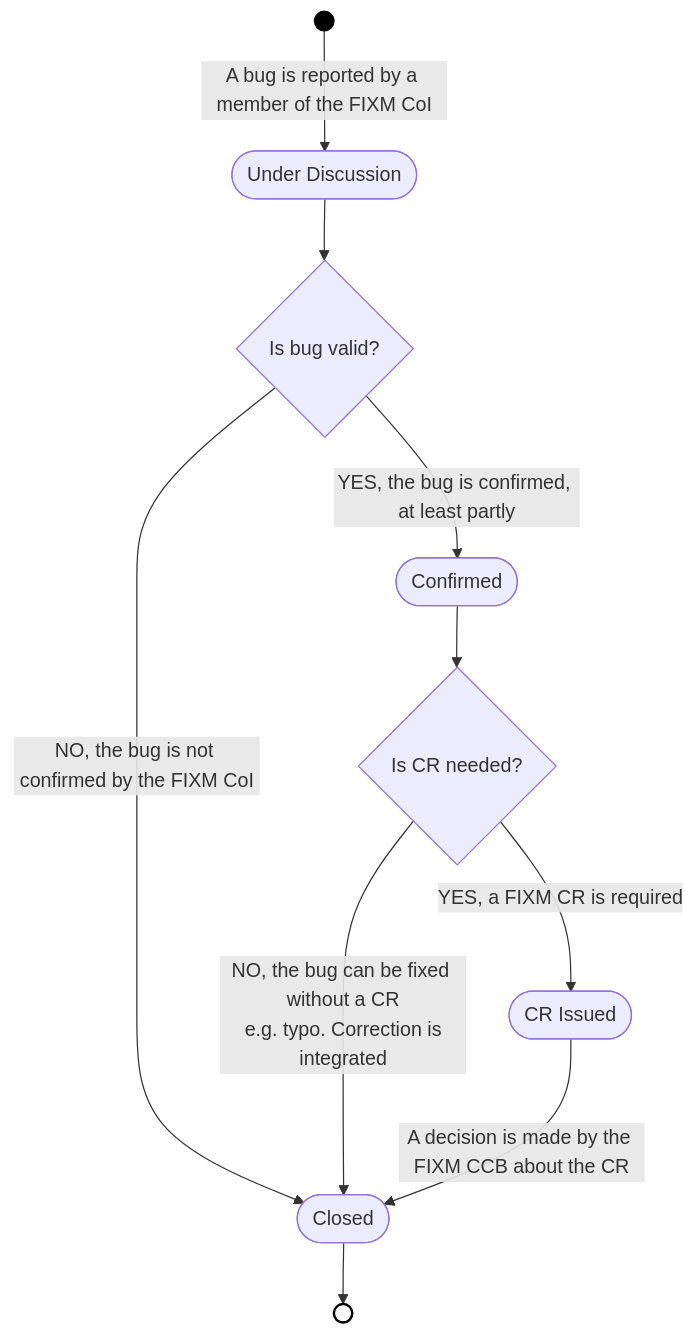
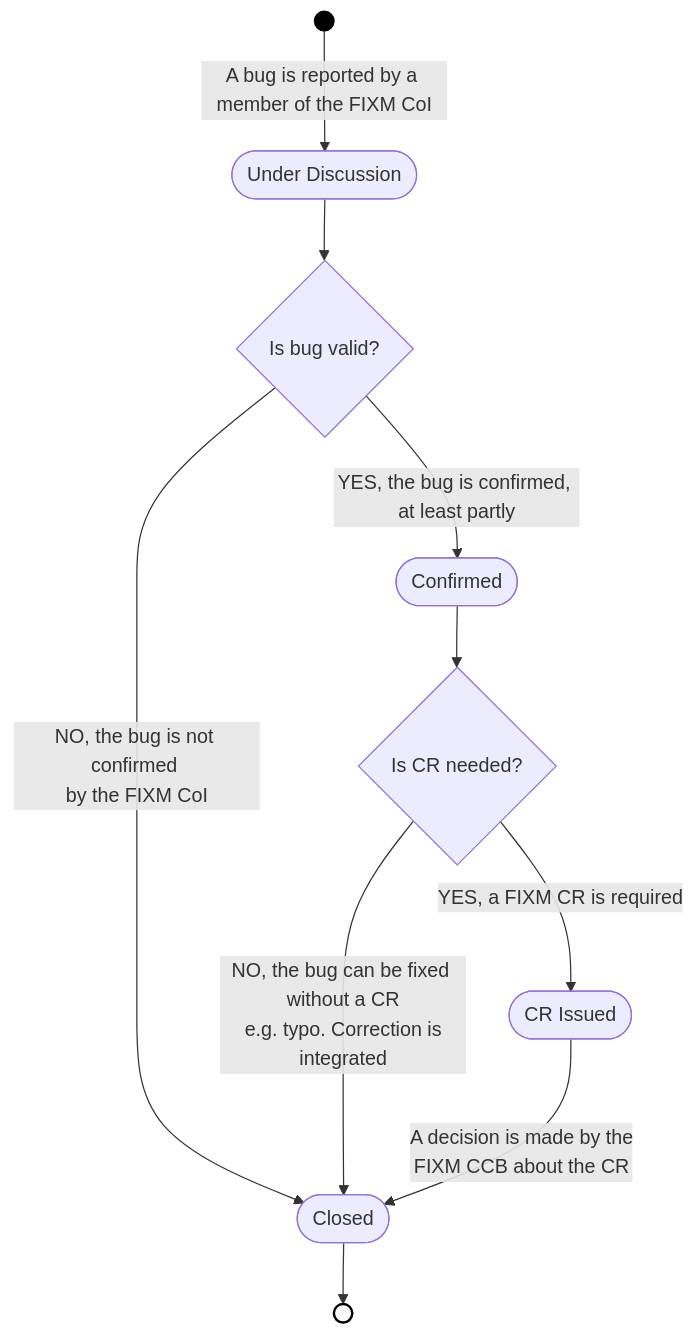
One commit to du-lapin/test_docsify changed the third of 4 diagrams in docs/fixm/charter.md. Above: the diagram before and after it, drawn with Mermaid. The commit also changed other lines of this file, not shown here.

````diff
--- a/docs/fixm/charter.md
+++ b/docs/fixm/charter.md
@@ -269,24 +269,24 @@
 ```mermaid
 graph TD
 INITIAL_STATE(( ))
 END_STATE(( ))
 UNDER_DISCUSSION([Under Discussion])
 CONFIRMED([Confirmed])
 CR_ISSUED([CR Issued])
 CLOSED([Closed])
 is_bug_valid{Is bug valid?}
 is_CR_required{Is CR needed?}
 
 INITIAL_STATE --> |A bug is reported by a member of the FIXM CoI| UNDER_DISCUSSION
 UNDER_DISCUSSION --> is_bug_valid
-is_bug_valid --> |NO, the bug is not confirmed by the FIXM CoI| CLOSED
+is_bug_valid --> |NO, the bug is not confirmed <br>by the FIXM CoI| CLOSED
 is_bug_valid --> |YES, the bug is confirmed, at least partly| CONFIRMED
 CONFIRMED --> is_CR_required
 is_CR_required --> |YES, a FIXM CR is required| CR_ISSUED
 is_CR_required --> |NO, the bug can be fixed without a CR<br> e.g. typo. Correction is integrated| CLOSED
-CR_ISSUED --> |A decision is made by the FIXM CCB about the CR| CLOSED
+CR_ISSUED --> |A decision is made by the <br>FIXM CCB about the CR| CLOSED
 CLOSED --> END_STATE
 
 style INITIAL_STATE fill:black,stroke:black,stroke-width:2px
 style END_STATE fill:white,stroke:black,stroke-width:2px
 ```
````
